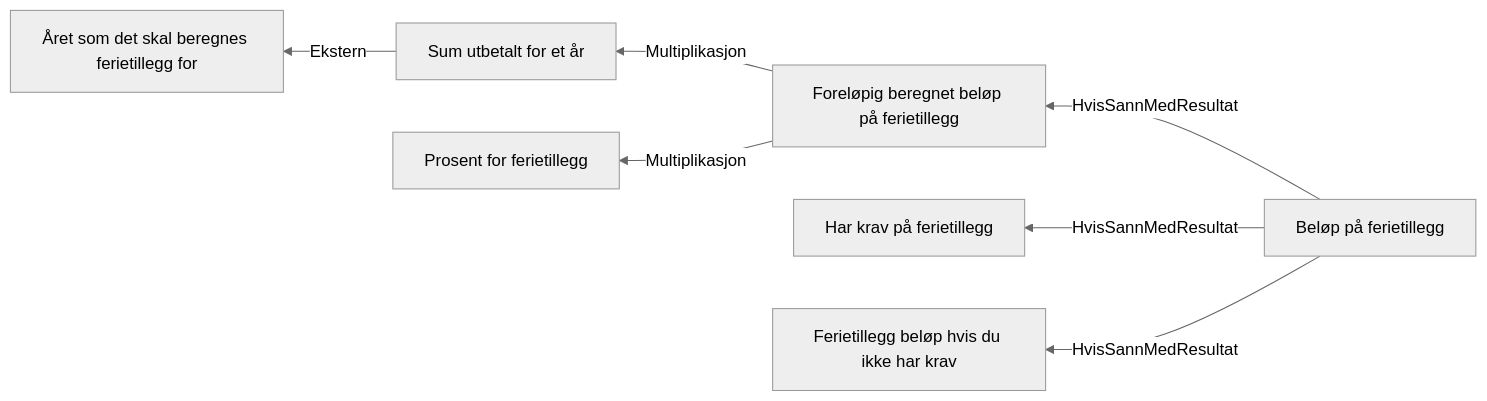
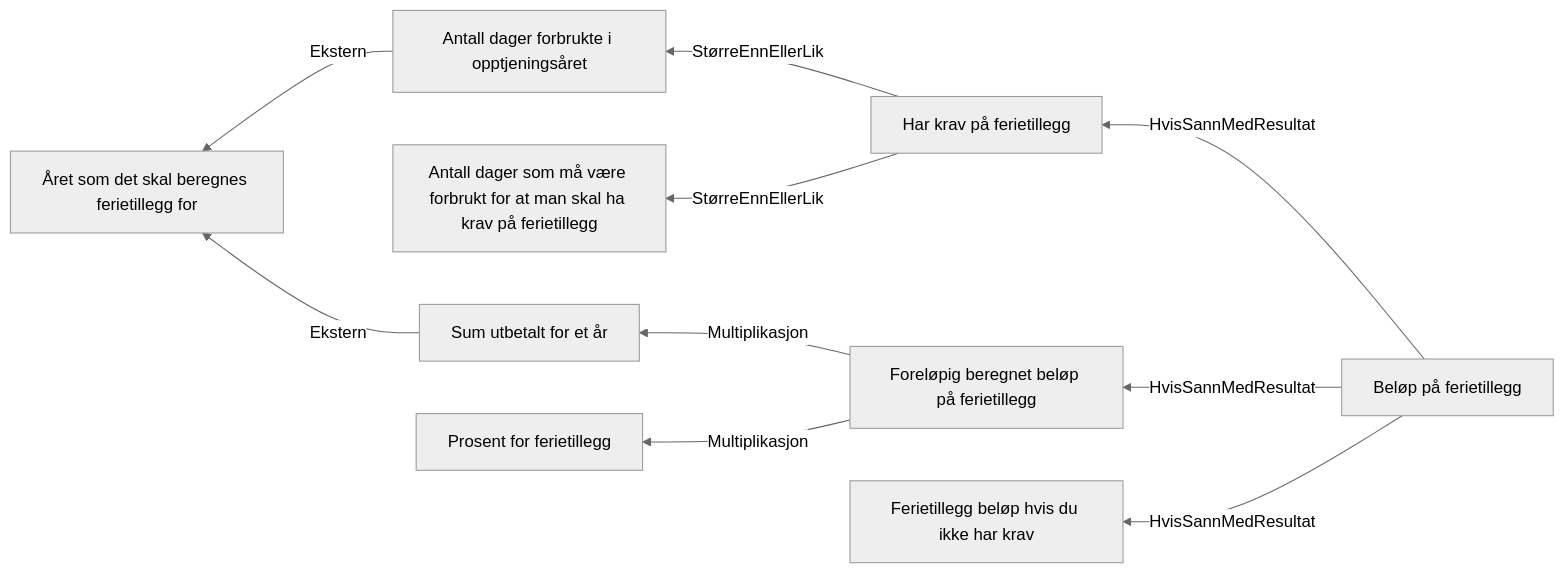
The diagram in docs/regler/§ 4-14. Ferietillegg.approved.md (navikt/dp-behandling), drawn with Mermaid (neutral theme) before and after one commit. The commit also changed other lines of this file and 16 other files, not shown here.

````diff
--- a/docs/regler/§ 4-14. Ferietillegg.approved.md
+++ b/docs/regler/§ 4-14. Ferietillegg.approved.md
@@ -5,9 +5,12 @@
 ```mermaid
 graph RL
-  A["Sum utbetalt for et år"] -->|"Ekstern"| B["Året som det skal beregnes ferietillegg for"]
-  C["Foreløpig beregnet beløp på ferietillegg"] -->|"Multiplikasjon"| A["Sum utbetalt for et år"]
-  C["Foreløpig beregnet beløp på ferietillegg"] -->|"Multiplikasjon"| D["Prosent for ferietillegg"]
-  E["Beløp på ferietillegg"] -->|"HvisSannMedResultat"| F["Har krav på ferietillegg"]
-  E["Beløp på ferietillegg"] -->|"HvisSannMedResultat"| C["Foreløpig beregnet beløp på ferietillegg"]
-  E["Beløp på ferietillegg"] -->|"HvisSannMedResultat"| G["Ferietillegg beløp hvis du ikke har krav"]
+  A["Antall dager forbrukte i opptjeningsåret"] -->|"Ekstern"| B["Året som det skal beregnes ferietillegg for"]
+  C["Har krav på ferietillegg"] -->|"StørreEnnEllerLik"| A["Antall dager forbrukte i opptjeningsåret"]
+  C["Har krav på ferietillegg"] -->|"StørreEnnEllerLik"| D["Antall dager som må være forbrukt for at man skal ha krav på ferietillegg"]
+  E["Sum utbetalt for et år"] -->|"Ekstern"| B["Året som det skal beregnes ferietillegg for"]
+  F["Foreløpig beregnet beløp på ferietillegg"] -->|"Multiplikasjon"| E["Sum utbetalt for et år"]
+  F["Foreløpig beregnet beløp på ferietillegg"] -->|"Multiplikasjon"| G["Prosent for ferietillegg"]
+  H["Beløp på ferietillegg"] -->|"HvisSannMedResultat"| C["Har krav på ferietillegg"]
+  H["Beløp på ferietillegg"] -->|"HvisSannMedResultat"| F["Foreløpig beregnet beløp på ferietillegg"]
+  H["Beløp på ferietillegg"] -->|"HvisSannMedResultat"| I["Ferietillegg beløp hvis du ikke har krav"]
 ```
````
